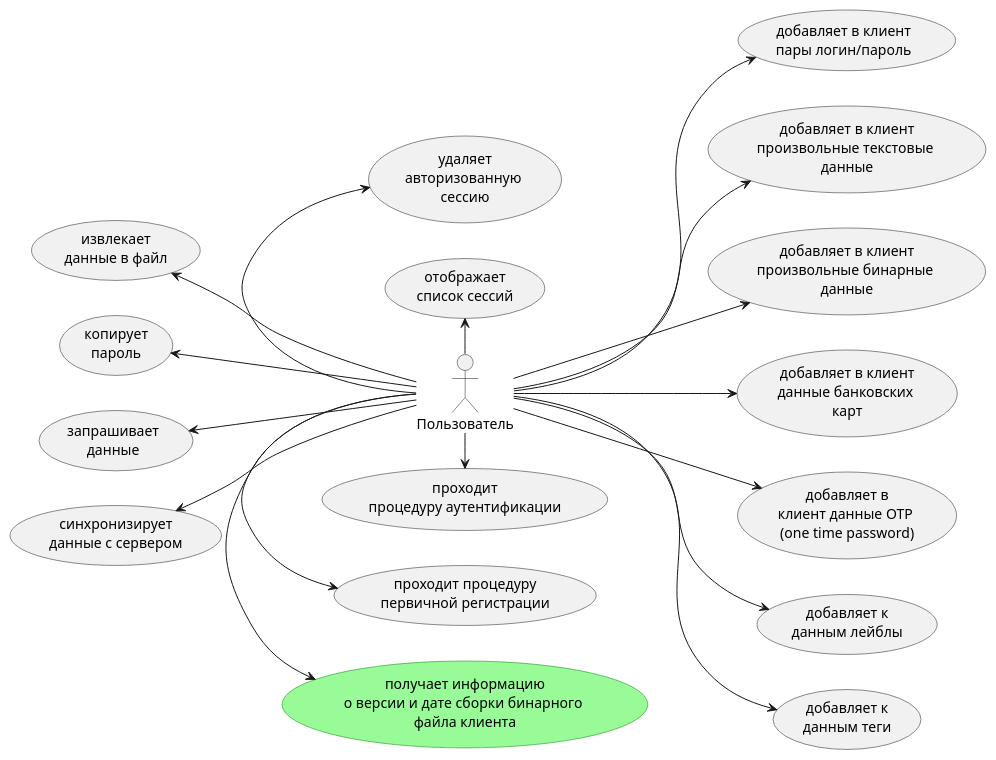
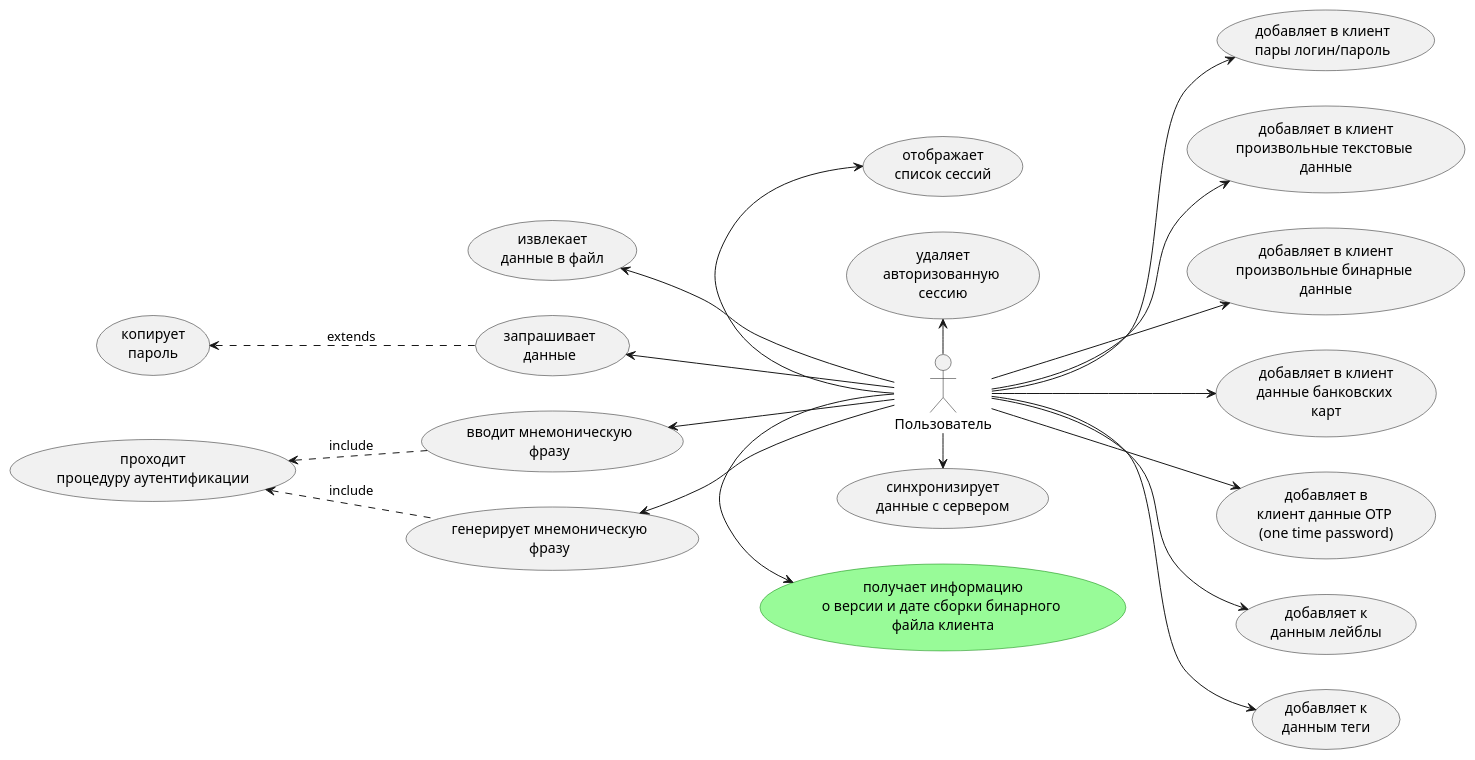
The diagram in doc/usecases.plantuml (gopherlearning/gophkeeper), drawn with PlantUML before and after one commit. The commit also changed 1 other file, not shown here.

Commit message:
Изменил диаграмму

```diff
--- a/doc/usecases.plantuml
+++ b/doc/usecases.plantuml
@@ -1,58 +1,62 @@
 @startuml usecase
 left to right direction
 actor Пользователь as u
 usecase UC1 #palegreen;line:green as "получает информацию 
 о версии и дате сборки бинарного 
 файла клиента" 
-usecase UC2  as "проходит процедуру 
-первичной регистрации"
+usecase UC2  as "генерирует мнемоническую
+фразу"
+usecase UC17  as "вводит мнемоническую
+фразу"
+usecase UC11 as "проходит 
+процедуру аутентификации"
 usecase UC3  as "добавляет в клиент 
 пары логин/пароль"
 usecase UC4  as "добавляет в клиент 
 произвольные текстовые 
 данные"
 usecase UC5  as "добавляет в клиент 
 произвольные бинарные 
 данные"
 usecase UC6  as "добавляет в клиент 
 данные банковских 
 карт"
 usecase UC7  as "добавляет в 
 клиент данные OTP 
 (one time password)"
 usecase UC8  as "добавляет к 
 данным лейблы"
 usecase UC9  as "добавляет к 
 данным теги"
 usecase UC10 as "синхронизирует 
 данные с сервером"
-usecase UC11 as "проходит 
-процедуру аутентификации"
 usecase UC12 as "запрашивает 
 данные"
 usecase UC13 as "копирует 
 пароль"
 usecase UC14 as "извлекает 
 данные в файл"
 usecase UC15 as "отображает 
 список сессий"
 usecase UC16 as "удаляет 
 авторизованную 
 сессию"
 u -right-> UC1
-u -right-> UC2
 u -down-> UC3
 u -down-> UC4
 u -down-> UC5
 u -down-> UC6
 u -down-> UC7
 u -down-> UC8
 u -down-> UC9
-u -up-> UC10
-u -right-> UC11
+u -right-> UC10
+u -up-> (UC2)
+u -up-> (UC17)
+(UC17) .up-> (UC11) : include
+(UC2) .up-> (UC11) : include
 u -up-> UC12
-u -up-> UC13
+(UC12) .up-> (UC13) : extends
 u -up-> UC14
+u -left-> UC16
 u -left-> UC15
-u -left-> UC16
 @enduml
```
